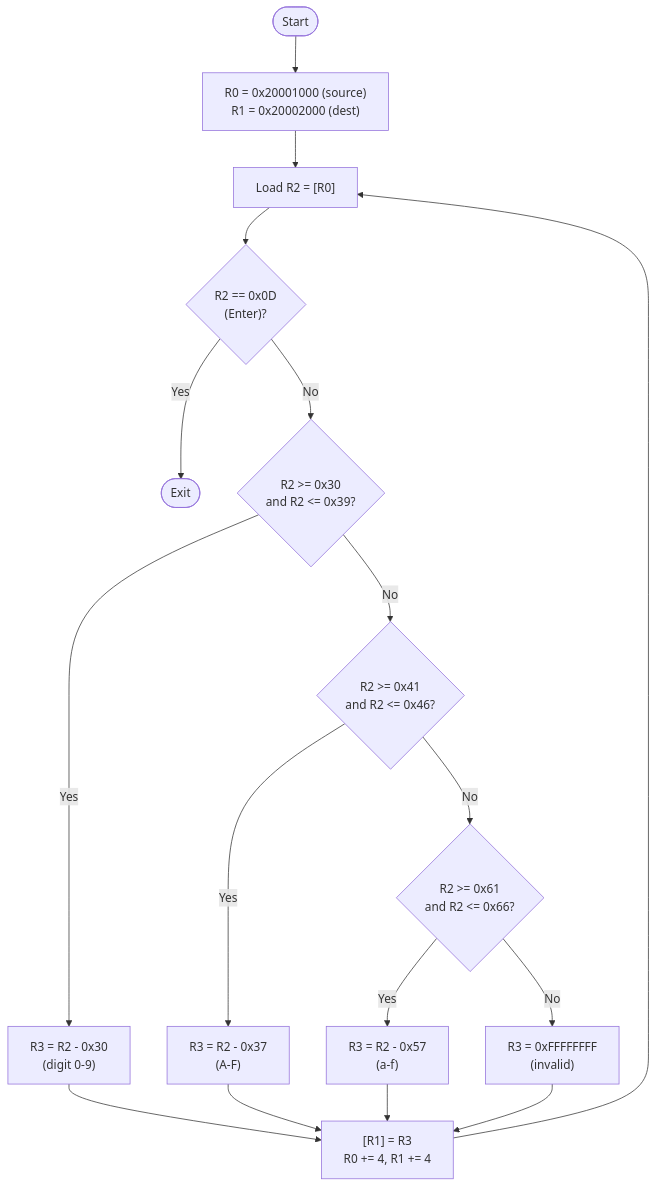
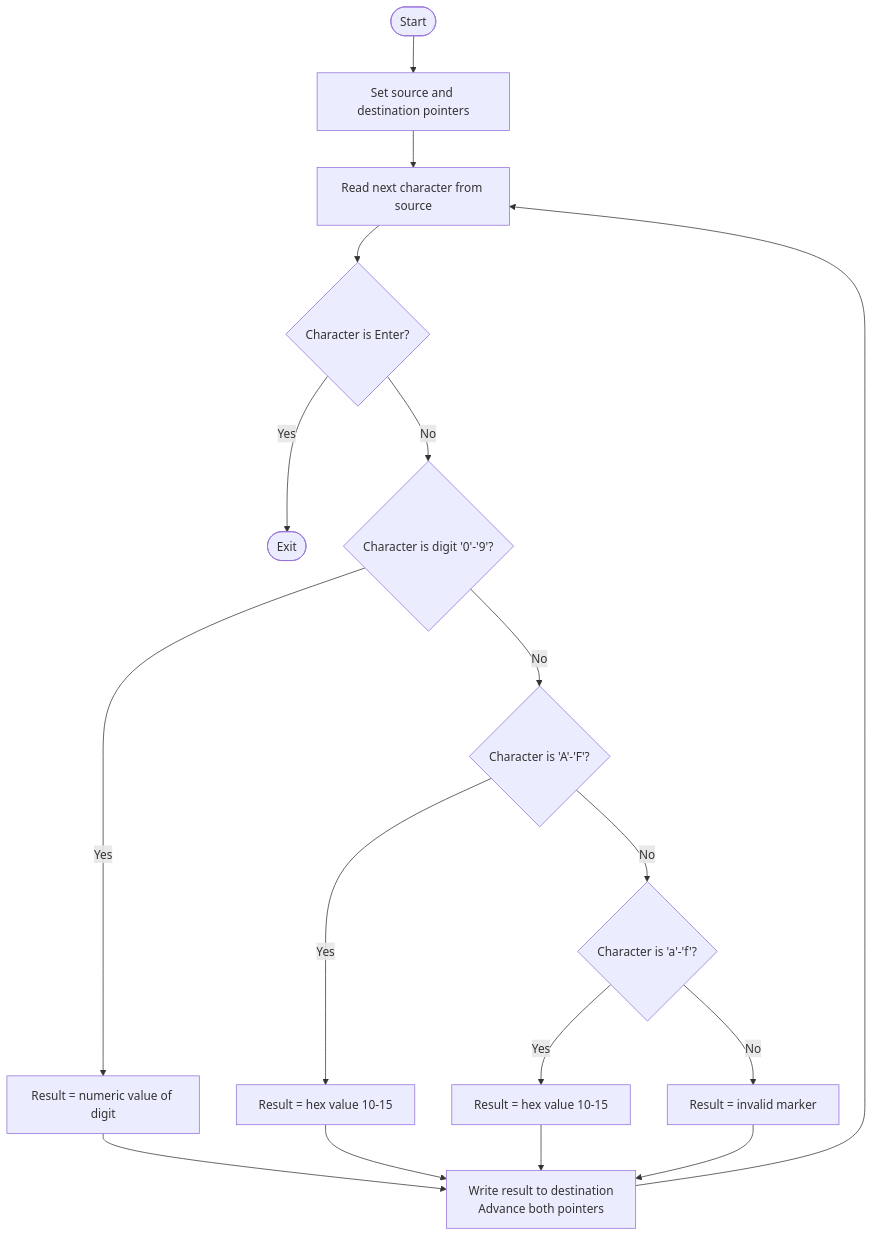
Before and after one commit to Jxdul/ECE-212: the first of 2 diagrams in Lab/Lab1/flowcharts.md, drawn with Mermaid. The commit also changed other lines of this file, not shown here.

Commit message:
fix with better wording

````diff
--- a/Lab/Lab1/flowcharts.md
+++ b/Lab/Lab1/flowcharts.md
@@ -7,21 +7,21 @@
 ```mermaid
 flowchart TD
-    Start([Start]) --> Init["R0 = 0x20001000 (source)<br/>R1 = 0x20002000 (dest)"]
+    Start([Start]) --> Init["Set source and destination pointers"]
     Init --> Loop
-    Loop["Load R2 = [R0]"]
-    Loop --> CheckEnter{"R2 == 0x0D<br/>(Enter)?"}
+    Loop["Read next character from source"]
+    Loop --> CheckEnter{"Character is Enter?"}
     CheckEnter -->|Yes| Exit([Exit])
-    CheckEnter -->|No| CheckDigit{"R2 >= 0x30<br/>and R2 <= 0x39?"}
-    CheckDigit -->|Yes| Digit["R3 = R2 - 0x30<br/>(digit 0-9)"]
-    CheckDigit -->|No| CheckUpper{"R2 >= 0x41<br/>and R2 <= 0x46?"}
-    CheckUpper -->|Yes| Upper["R3 = R2 - 0x37<br/>(A-F)"]
-    CheckUpper -->|No| CheckLower{"R2 >= 0x61<br/>and R2 <= 0x66?"}
-    CheckLower -->|Yes| Lower["R3 = R2 - 0x57<br/>(a-f)"]
-    CheckLower -->|No| Invalid["R3 = 0xFFFFFFFF<br/>(invalid)"]
+    CheckEnter -->|No| CheckDigit{"Character is digit '0'-'9'?"}
+    CheckDigit -->|Yes| Digit["Result = numeric value of digit"]
+    CheckDigit -->|No| CheckUpper{"Character is 'A'-'F'?"}
+    CheckUpper -->|Yes| Upper["Result = hex value 10-15"]
+    CheckUpper -->|No| CheckLower{"Character is 'a'-'f'?"}
+    CheckLower -->|Yes| Lower["Result = hex value 10-15"]
+    CheckLower -->|No| Invalid["Result = invalid marker"]
     Digit --> Store
     Upper --> Store
     Lower --> Store
     Invalid --> Store
-    Store["[R1] = R3<br/>R0 += 4, R1 += 4"]
+    Store["Write result to destination<br/>Advance both pointers"]
     Store --> Loop
 ```
````
